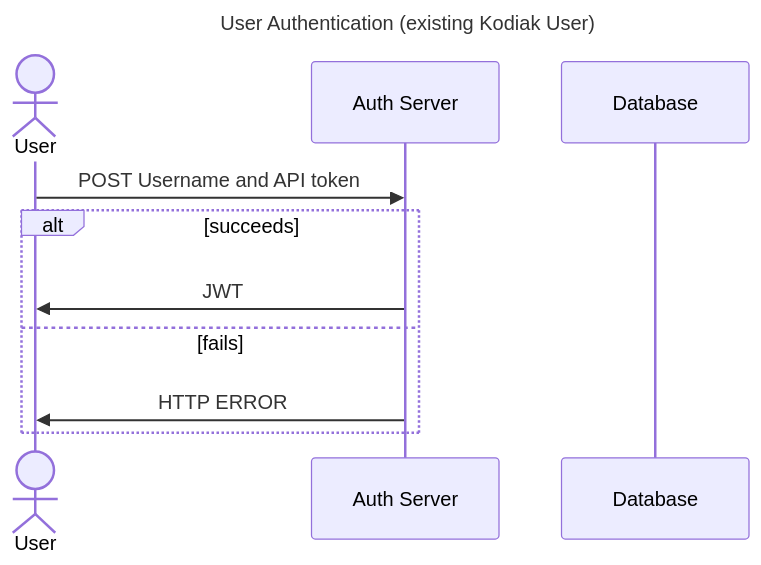
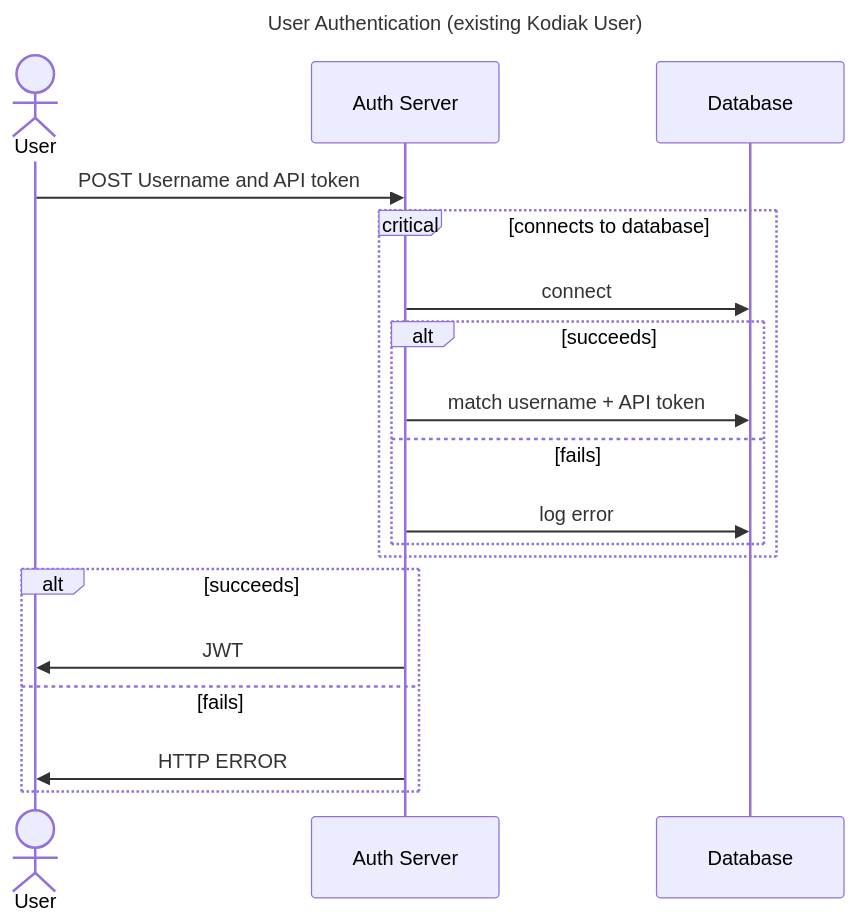
Before and after one commit to polarlabs/kodiak-diagrams: the diagram in auth-server/USER-AUTHENTICATION-SEQUENCE.md, drawn with Mermaid.

Commit message:
add: communication to database.

````diff
--- a/auth-server/USER-AUTHENTICATION-SEQUENCE.md
+++ b/auth-server/USER-AUTHENTICATION-SEQUENCE.md
@@ -3,15 +3,23 @@
 ```mermaid
 ---
 title: User Authentication (existing Kodiak User)
 ---
 sequenceDiagram
     actor       U as User
     participant S as Auth Server
     participant D as Database
     U ->> S: POST Username and API token
+    critical connects to database
+        S ->>  D: connect
+        alt succeeds
+           S ->>  D: match username + API token
+        else fails
+           S ->>  D: log error
+        end
+    end
     alt succeeds
         S ->> U: JWT
     else fails
         S ->> U: HTTP ERROR
     end
 ```
````
